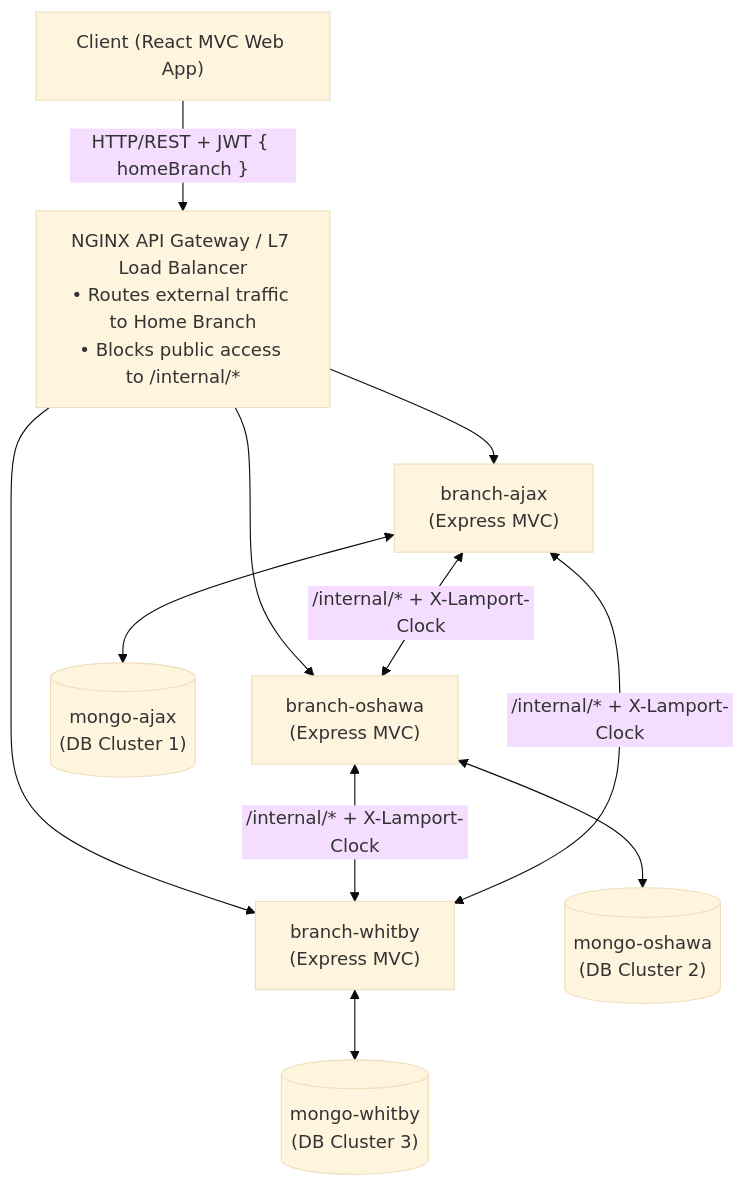
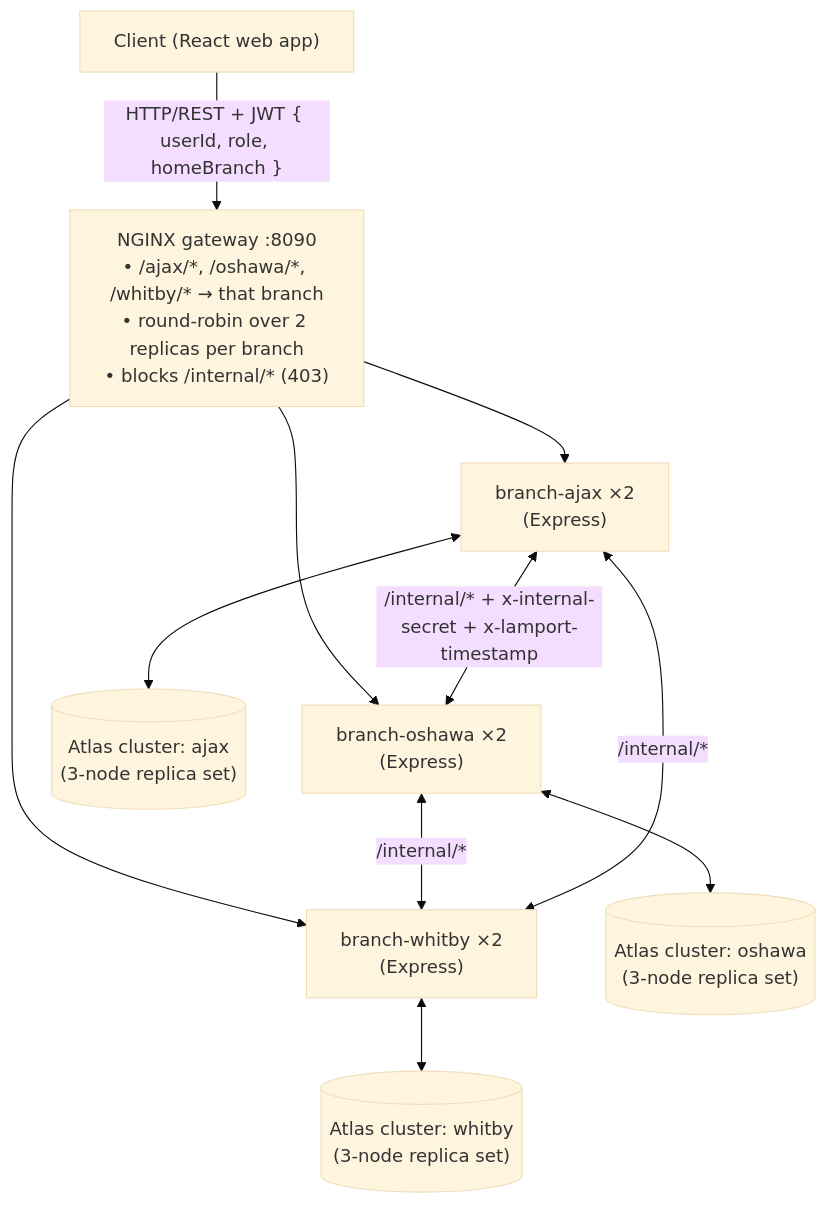
One commit to noto-21/distributed-project changed the diagram in README.md. Above: the diagram before and after it, drawn with Mermaid (base theme). The commit also changed other lines of this file, not shown here.

````diff
--- a/README.md
+++ b/README.md
@@ -17,19 +17,19 @@
 ```mermaid
 flowchart TB
-    Client["Client (React MVC Web App)"]
-    Gateway["NGINX API Gateway / L7 Load Balancer<br/>• Routes external traffic to Home Branch<br/>• Blocks public access to /internal/*"]
+    Client["Client (React web app)"]
+    Gateway["NGINX gateway :8090<br/>• /ajax/*, /oshawa/*, /whitby/* → that branch<br/>• round-robin over 2 replicas per branch<br/>• blocks /internal/* (403)"]
 
-    Client -->|"HTTP/REST + JWT { homeBranch }"| Gateway
+    Client -->|"HTTP/REST + JWT { userId, role, homeBranch }"| Gateway
 
-    Gateway --> Ajax["branch-ajax<br/>(Express MVC)"]
-    Gateway --> Oshawa["branch-oshawa<br/>(Express MVC)"]
-    Gateway --> Whitby["branch-whitby<br/>(Express MVC)"]
+    Gateway --> Ajax["branch-ajax ×2<br/>(Express)"]
+    Gateway --> Oshawa["branch-oshawa ×2<br/>(Express)"]
+    Gateway --> Whitby["branch-whitby ×2<br/>(Express)"]
 
-    Ajax <-->|"/internal/* + X-Lamport-Clock"| Oshawa
-    Oshawa <-->|"/internal/* + X-Lamport-Clock"| Whitby
-    Ajax <-->|"/internal/* + X-Lamport-Clock"| Whitby
+    Ajax <-->|"/internal/* + x-internal-secret + x-lamport-timestamp"| Oshawa
+    Oshawa <-->|"/internal/*"| Whitby
+    Ajax <-->|"/internal/*"| Whitby
 
-    Ajax <--> MongoAjax[("mongo-ajax<br/>(DB Cluster 1)")]
-    Oshawa <--> MongoOshawa[("mongo-oshawa<br/>(DB Cluster 2)")]
-    Whitby <--> MongoWhitby[("mongo-whitby<br/>(DB Cluster 3)")]
+    Ajax <--> MongoAjax[("Atlas cluster: ajax<br/>(3-node replica set)")]
+    Oshawa <--> MongoOshawa[("Atlas cluster: oshawa<br/>(3-node replica set)")]
+    Whitby <--> MongoWhitby[("Atlas cluster: whitby<br/>(3-node replica set)")]
 ```
````
